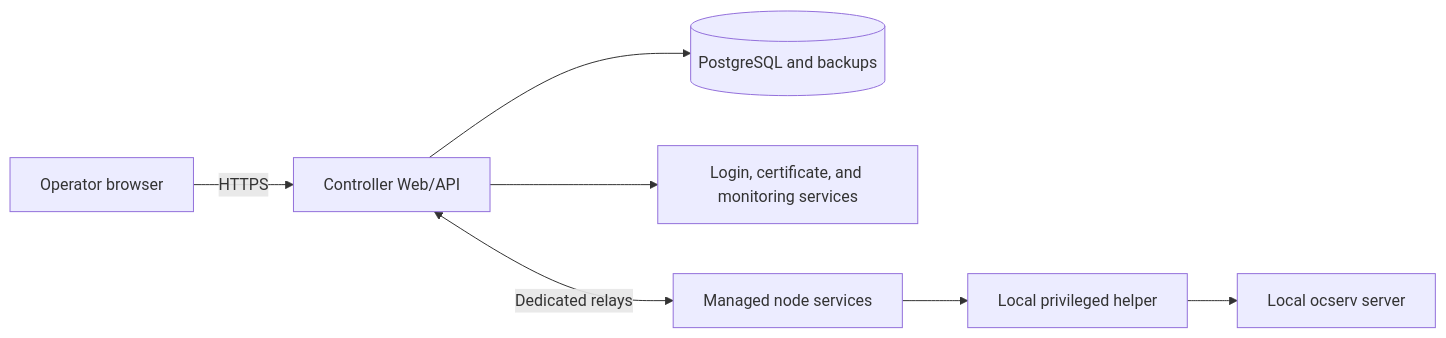
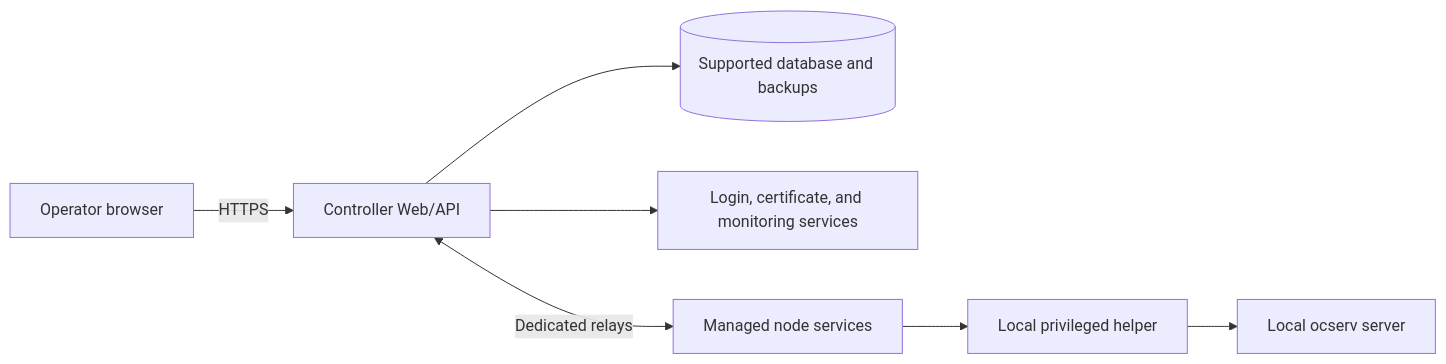
Before and after one commit to GentleKingson/ocservia: the diagram in docs/architecture.md, drawn with Mermaid. The commit also changed other lines of this file and 42 other files, not shown here.

````diff
--- a/docs/architecture.md
+++ b/docs/architecture.md
@@ -7,9 +7,9 @@
 ```mermaid
 flowchart LR
     Operator["Operator browser"] -->|HTTPS| Controller["Controller Web/API"]
-    Controller --> Database[("PostgreSQL and backups")]
+    Controller --> Database[("Supported database and backups")]
     Controller --> Services["Login, certificate, and monitoring services"]
     Controller <-->|Dedicated relays| Node["Managed node services"]
     Node --> Helper["Local privileged helper"]
     Helper --> Ocserv["Local ocserv server"]
 ```
````
